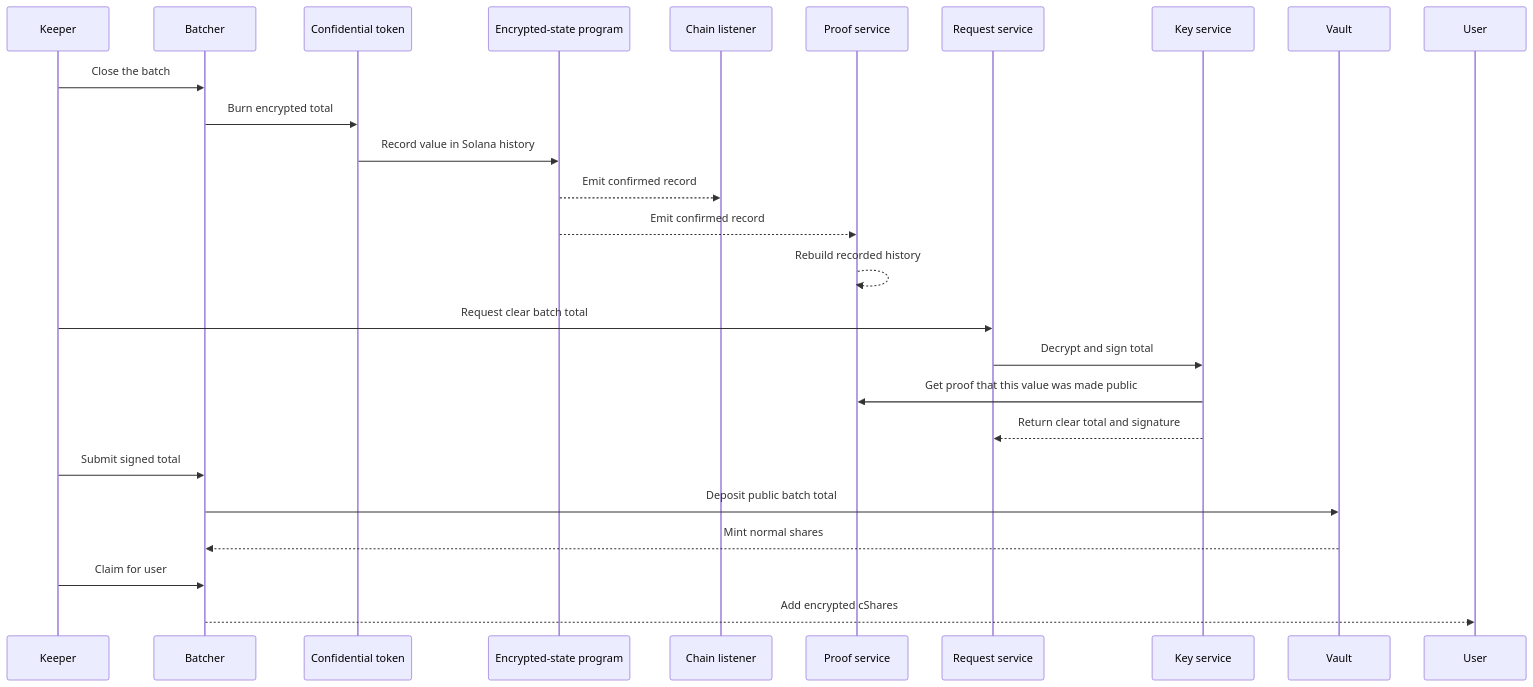
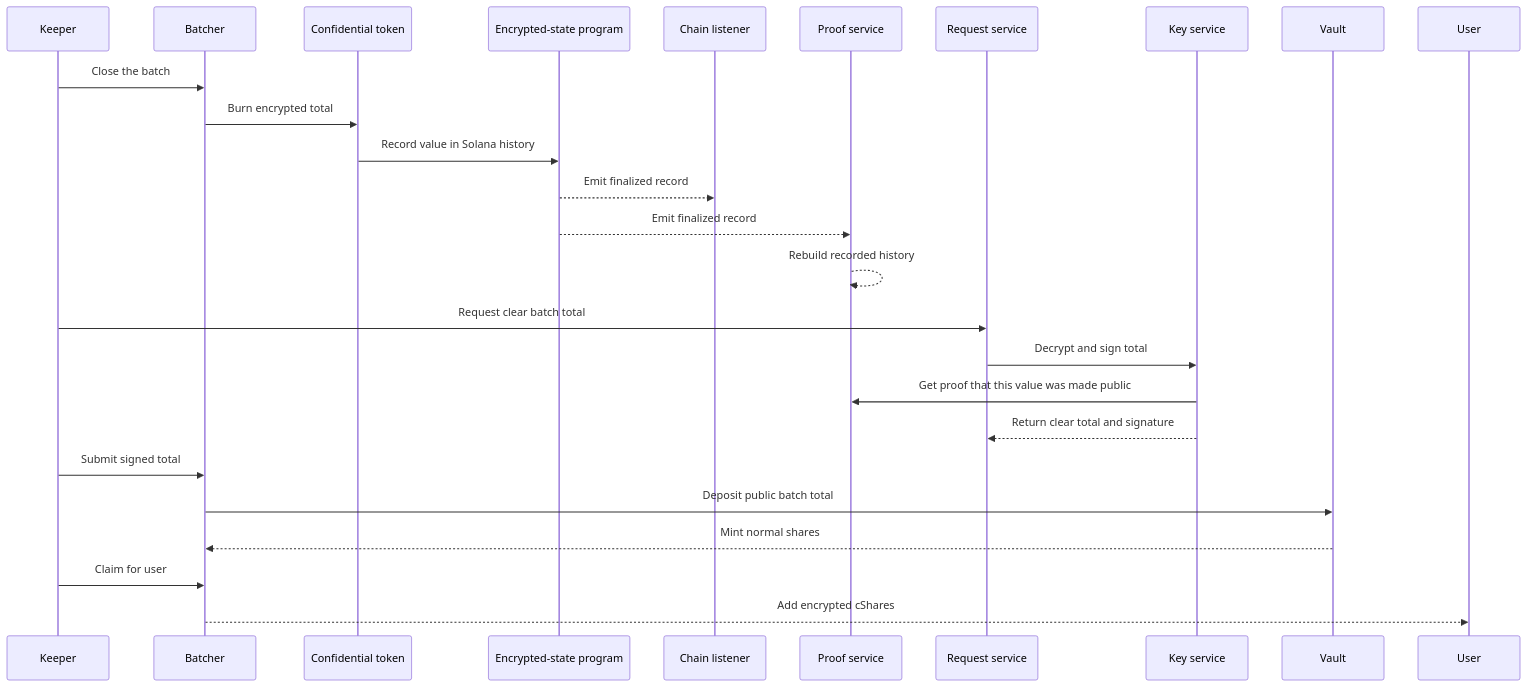
The fifth of 5 diagrams in solana/demo-dapp/README.md (zama-ai/fhevm), drawn with Mermaid before and after one commit. The commit also changed other lines of this file and 12 other files, not shown here.

````diff
--- a/solana/demo-dapp/README.md
+++ b/solana/demo-dapp/README.md
@@ -164,29 +164,29 @@
 ```mermaid
 sequenceDiagram
     participant Keeper
     participant Batch as Batcher
     participant Token as Confidential token
     participant Host as Encrypted-state program
     participant Listener as Chain listener
     participant Proofs as Proof service
     participant Relayer as Request service
     participant Keys as Key service
     participant Vault
     participant User
 
     Keeper->>Batch: Close the batch
     Batch->>Token: Burn encrypted total
     Token->>Host: Record value in Solana history
-    Host-->>Listener: Emit confirmed record
-    Host-->>Proofs: Emit confirmed record
+    Host-->>Listener: Emit finalized record
+    Host-->>Proofs: Emit finalized record
     Proofs-->>Proofs: Rebuild recorded history
     Keeper->>Relayer: Request clear batch total
     Relayer->>Keys: Decrypt and sign total
     Keys->>Proofs: Get proof that this value was made public
     Keys-->>Relayer: Return clear total and signature
     Keeper->>Batch: Submit signed total
     Batch->>Vault: Deposit public batch total
     Vault-->>Batch: Mint normal shares
     Keeper->>Batch: Claim for user
     Batch-->>User: Add encrypted cShares
 ```
````
